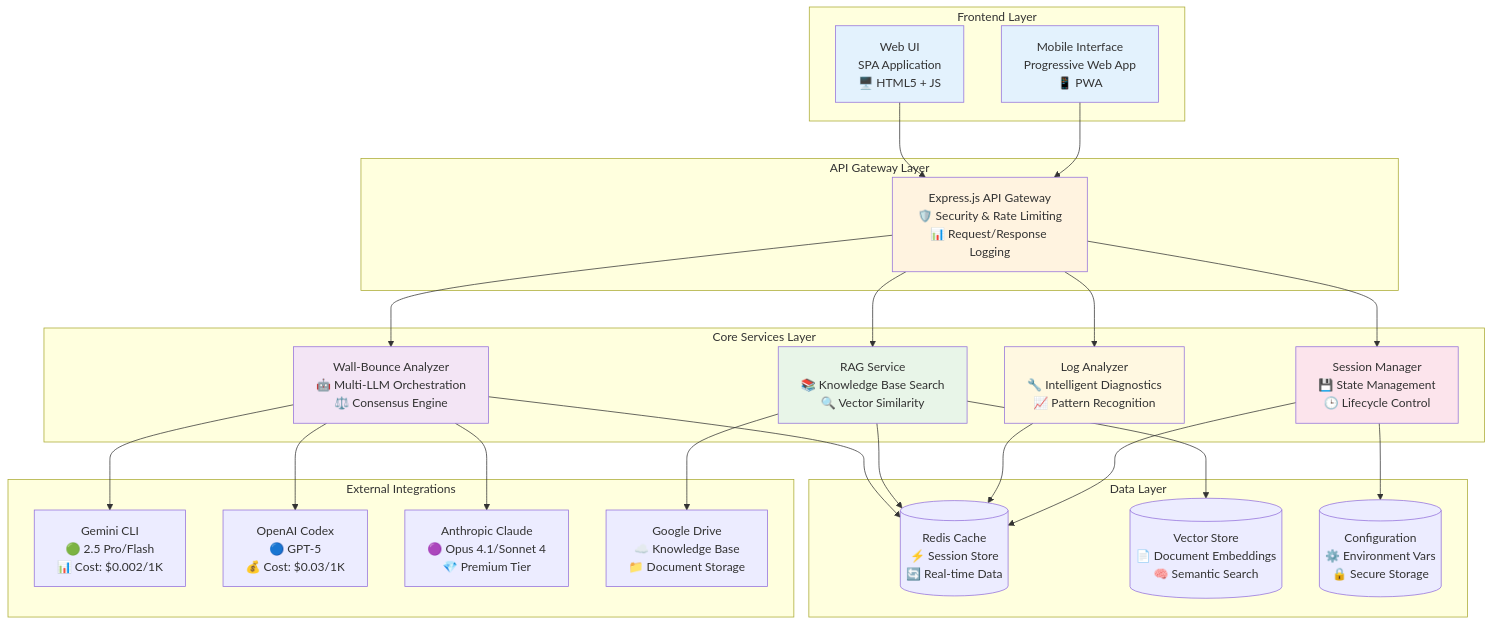
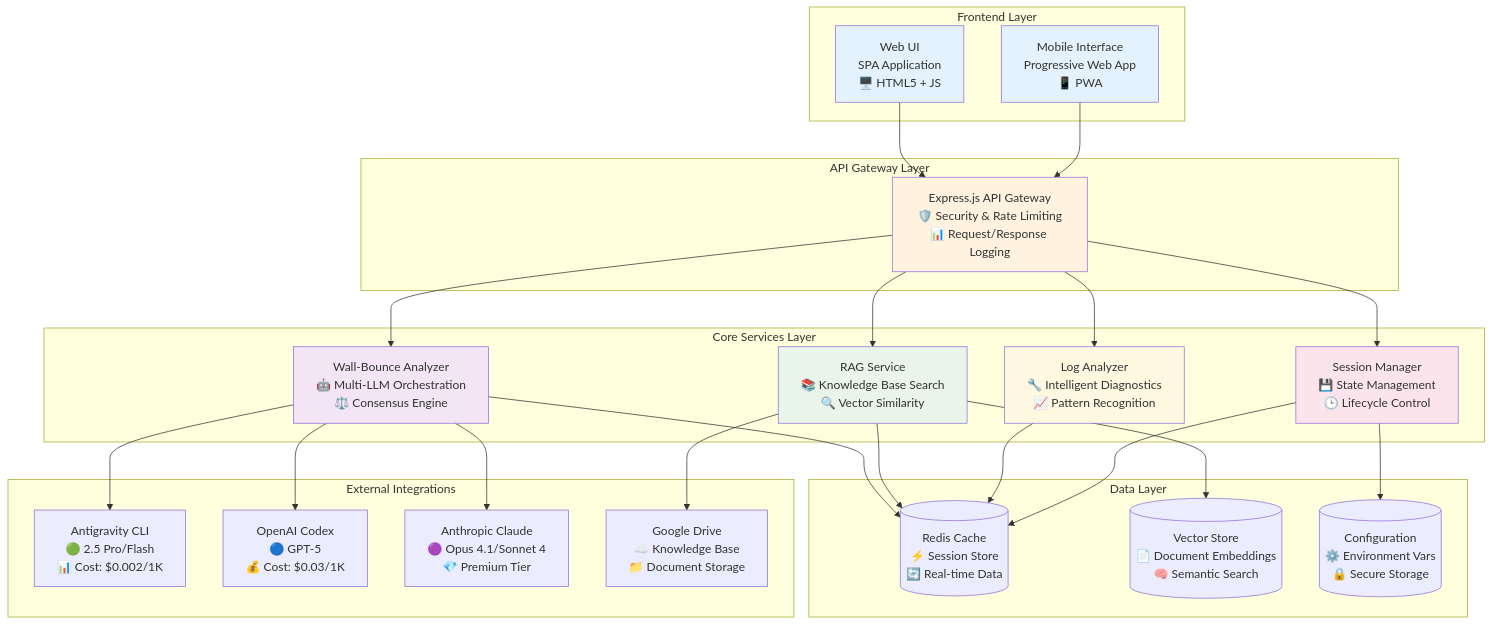
One commit to wombat2006/techdev changed the fourth of 54 diagrams in docs/BASIC_DESIGN_DETAILED.md. Above: the diagram before and after it, drawn with Mermaid. The commit also changed other lines of this file and 19 other files, not shown here.

First line of the commit message:
docs: Gemini CLI 表記を Antigravity CLI（agy）へ移行

````diff
--- a/docs/BASIC_DESIGN_DETAILED.md
+++ b/docs/BASIC_DESIGN_DETAILED.md
@@ -102,59 +102,59 @@
 ```mermaid
 graph TB
     subgraph "Frontend Layer"
         UI[Web UI<br/>SPA Application<br/>🖥️ HTML5 + JS]
         Mobile[Mobile Interface<br/>Progressive Web App<br/>📱 PWA]
     end
 
     subgraph "API Gateway Layer"
         Gateway[Express.js API Gateway<br/>🛡️ Security & Rate Limiting<br/>📊 Request/Response Logging]
     end
 
     subgraph "Core Services Layer"
         WB[Wall-Bounce Analyzer<br/>🤖 Multi-LLM Orchestration<br/>⚖️ Consensus Engine]
         RAG[RAG Service<br/>📚 Knowledge Base Search<br/>🔍 Vector Similarity]
         LOG[Log Analyzer<br/>🔧 Intelligent Diagnostics<br/>📈 Pattern Recognition]
         SESSION[Session Manager<br/>💾 State Management<br/>🕒 Lifecycle Control]
     end
 
     subgraph "Data Layer"
         Redis[(Redis Cache<br/>⚡ Session Store<br/>🔄 Real-time Data)]
         Vector[(Vector Store<br/>📄 Document Embeddings<br/>🧠 Semantic Search)]
         Config[(Configuration<br/>⚙️ Environment Vars<br/>🔒 Secure Storage)]
     end
 
     subgraph "External Integrations"
-        Gemini[Gemini CLI<br/>🟢 2.5 Pro/Flash<br/>📊 Cost: $0.002/1K]
+        Gemini[Antigravity CLI<br/>🟢 2.5 Pro/Flash<br/>📊 Cost: $0.002/1K]
         OpenAI[OpenAI Codex<br/>🔵 GPT-5<br/>💰 Cost: $0.03/1K]
         Anthropic[Anthropic Claude<br/>🟣 Opus 4.1/Sonnet 4<br/>💎 Premium Tier]
         Drive[Google Drive<br/>☁️ Knowledge Base<br/>📁 Document Storage]
     end
 
     UI --> Gateway
     Mobile --> Gateway
     Gateway --> WB
     Gateway --> RAG
     Gateway --> LOG
     Gateway --> SESSION
 
     WB --> Redis
     RAG --> Redis
     LOG --> Redis
     SESSION --> Redis
 
     RAG --> Vector
     SESSION --> Config
 
     WB --> Gemini
     WB --> OpenAI
     WB --> Anthropic
     RAG --> Drive
 
     style UI fill:#e3f2fd
     style Mobile fill:#e3f2fd
     style Gateway fill:#fff3e0
     style WB fill:#f3e5f5
     style RAG fill:#e8f5e8
     style LOG fill:#fff8e1
     style SESSION fill:#fce4ec
 ```
````
